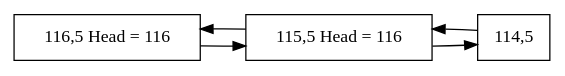
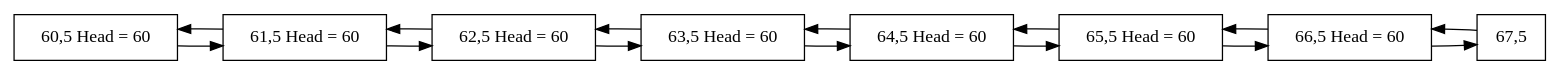
Before and after one commit to olgt/EDD_1S2019_P1_201612341: the diagram in SnakeReport.dot, drawn with Graphviz. The commit also changed 6 other files, not shown here.

```diff
--- a/SnakeReport.dot
+++ b/SnakeReport.dot
@@ -1,11 +1,26 @@
 digraph firstGraph{
 node [shape = record];
 rankdir=LR;
-node0 [label=" 116,5 Head = 116 "];
+node0 [label=" 60,5 Head = 60 "];
 node0 -> node1;
 node1 -> node0;
-node1 [label=" 115,5 Head = 116 "];
+node1 [label=" 61,5 Head = 60 "];
 node1 -> node2;
 node2 -> node1;
-node2 [label=" 114,5 "];
+node2 [label=" 62,5 Head = 60 "];
+node2 -> node3;
+node3 -> node2;
+node3 [label=" 63,5 Head = 60 "];
+node3 -> node4;
+node4 -> node3;
+node4 [label=" 64,5 Head = 60 "];
+node4 -> node5;
+node5 -> node4;
+node5 [label=" 65,5 Head = 60 "];
+node5 -> node6;
+node6 -> node5;
+node6 [label=" 66,5 Head = 60 "];
+node6 -> node7;
+node7 -> node6;
+node7 [label=" 67,5 "];
 }
```
